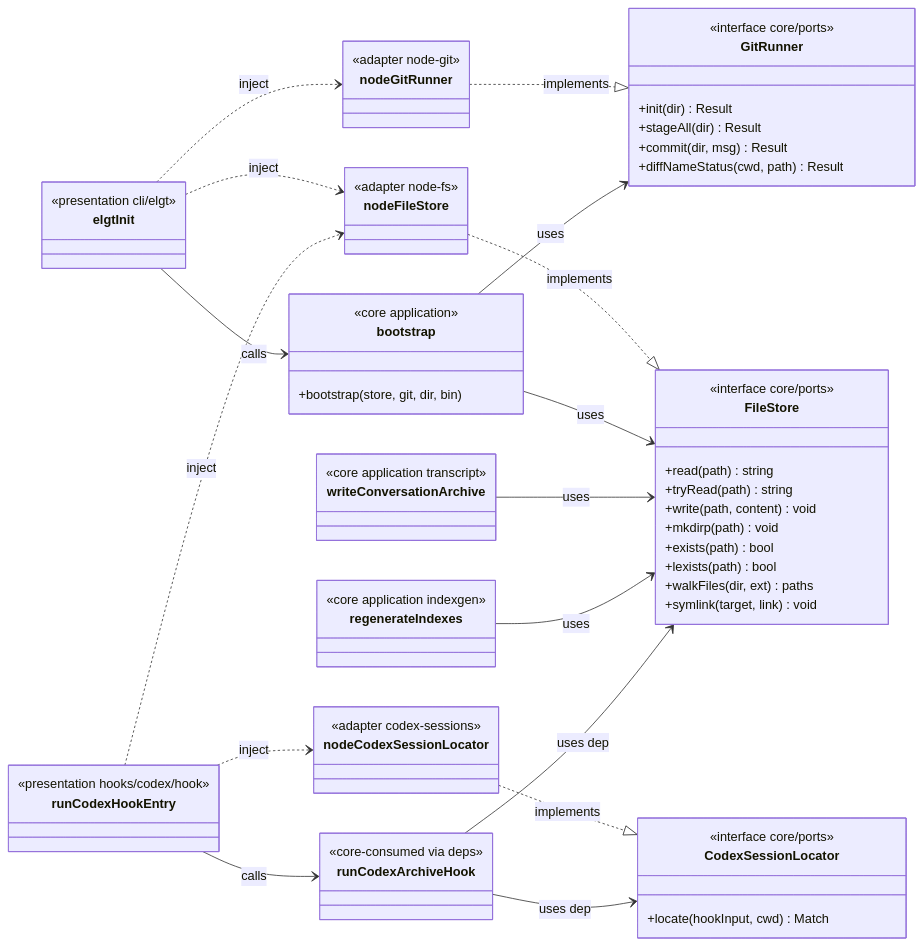
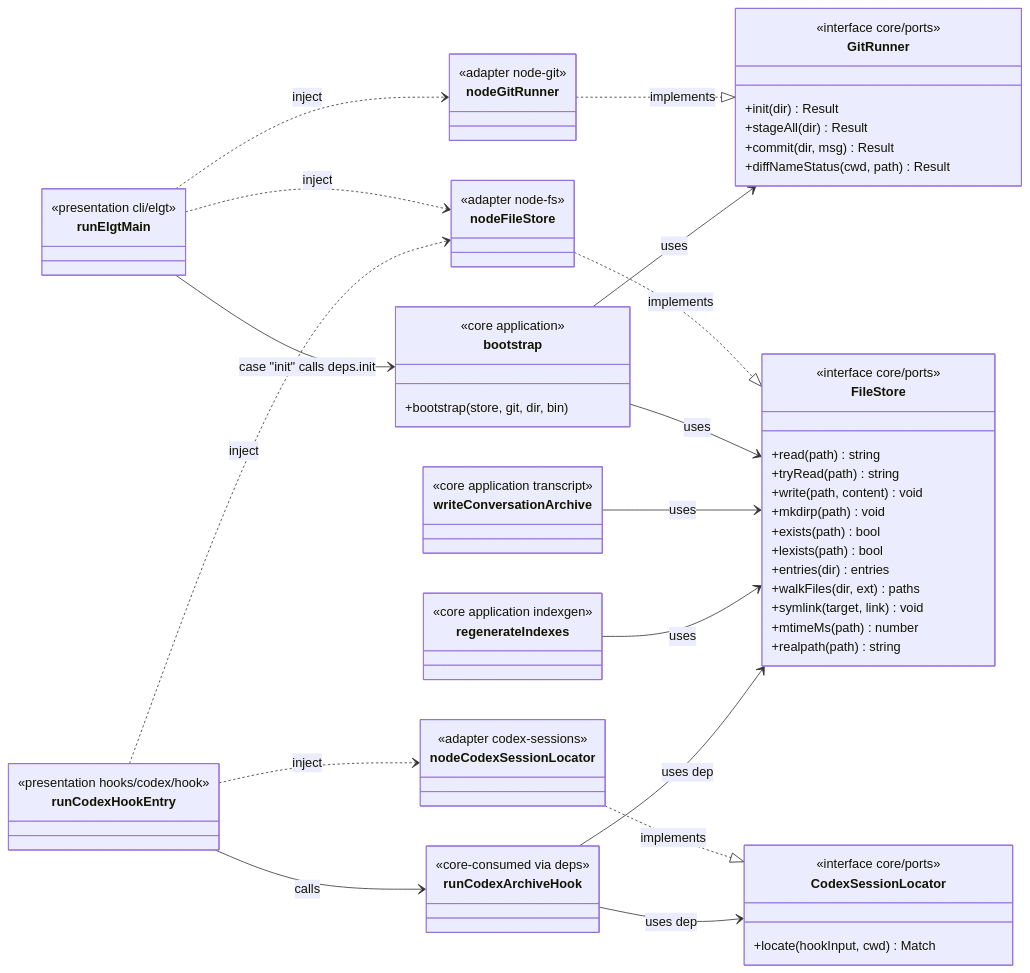
Before and after one commit to neokn/elegent: the first of 4 diagrams in docs/architecture/uml.md, drawn with Mermaid. The commit also changed other lines of this file and 4 other files, not shown here.

````diff
--- a/docs/architecture/uml.md
+++ b/docs/architecture/uml.md
@@ -14,76 +14,79 @@
 ```mermaid
 classDiagram
     direction LR
 
     class FileStore {
         <<interface  core/ports>>
         +read(path) string
         +tryRead(path) string
         +write(path, content) void
         +mkdirp(path) void
         +exists(path) bool
         +lexists(path) bool
+        +entries(dir) entries
         +walkFiles(dir, ext) paths
         +symlink(target, link) void
+        +mtimeMs(path) number
+        +realpath(path) string
     }
     class GitRunner {
         <<interface  core/ports>>
         +init(dir) Result
         +stageAll(dir) Result
         +commit(dir, msg) Result
         +diffNameStatus(cwd, path) Result
     }
     class CodexSessionLocator {
         <<interface  core/ports>>
         +locate(hookInput, cwd) Match
     }
 
     class nodeFileStore {
         <<adapter  node-fs>>
     }
     class nodeGitRunner {
         <<adapter  node-git>>
     }
     class nodeCodexSessionLocator {
         <<adapter  codex-sessions>>
     }
 
     nodeFileStore ..|> FileStore : implements
     nodeGitRunner ..|> GitRunner : implements
     nodeCodexSessionLocator ..|> CodexSessionLocator : implements
 
     class bootstrap {
         <<core application>>
         +bootstrap(store, git, dir, bin)
     }
     class writeConversationArchive {
         <<core application  transcript>>
     }
     class regenerateIndexes {
         <<core application  indexgen>>
     }
     class runCodexArchiveHook {
         <<core-consumed via deps>>
     }
 
     bootstrap --> FileStore : uses
     bootstrap --> GitRunner : uses
     writeConversationArchive --> FileStore : uses
     regenerateIndexes --> FileStore : uses
     runCodexArchiveHook --> CodexSessionLocator : uses dep
     runCodexArchiveHook --> FileStore : uses dep
 
-    class elgtInit {
+    class runElgtMain {
         <<presentation  cli/elgt>>
     }
     class runCodexHookEntry {
         <<presentation  hooks/codex/hook>>
     }
 
-    elgtInit --> bootstrap : calls
-    elgtInit ..> nodeFileStore : inject
-    elgtInit ..> nodeGitRunner : inject
+    runElgtMain --> bootstrap : case "init" calls deps.init
+    runElgtMain ..> nodeFileStore : inject
+    runElgtMain ..> nodeGitRunner : inject
     runCodexHookEntry --> runCodexArchiveHook : calls
     runCodexHookEntry ..> nodeFileStore : inject
     runCodexHookEntry ..> nodeCodexSessionLocator : inject
 ```
````
